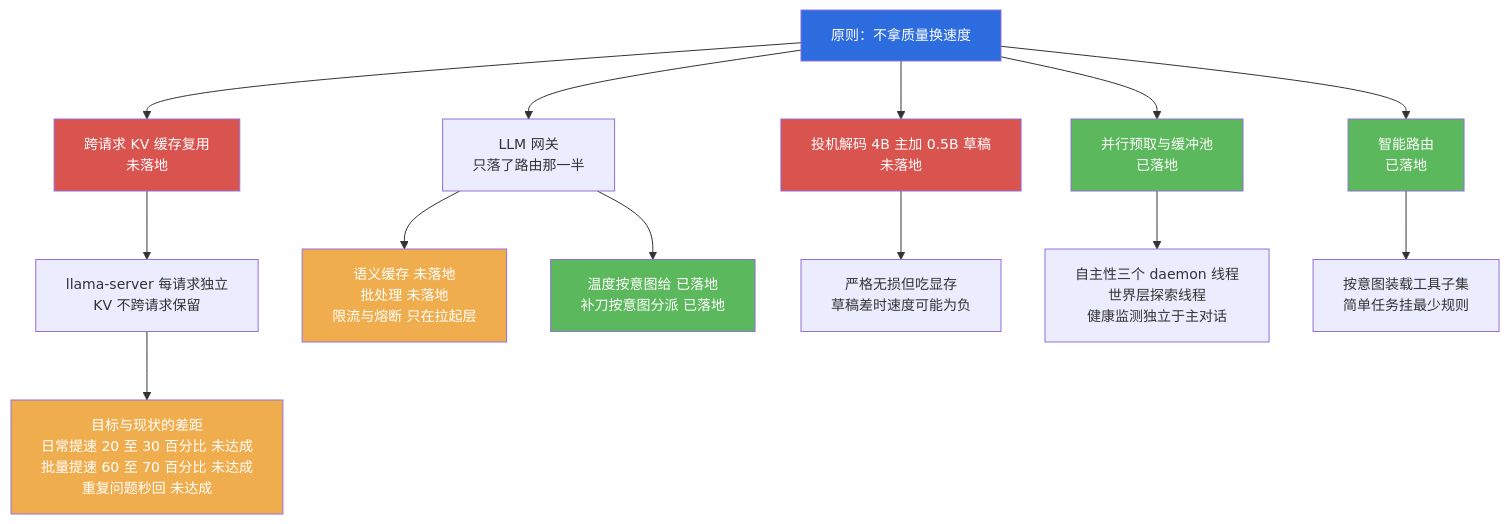
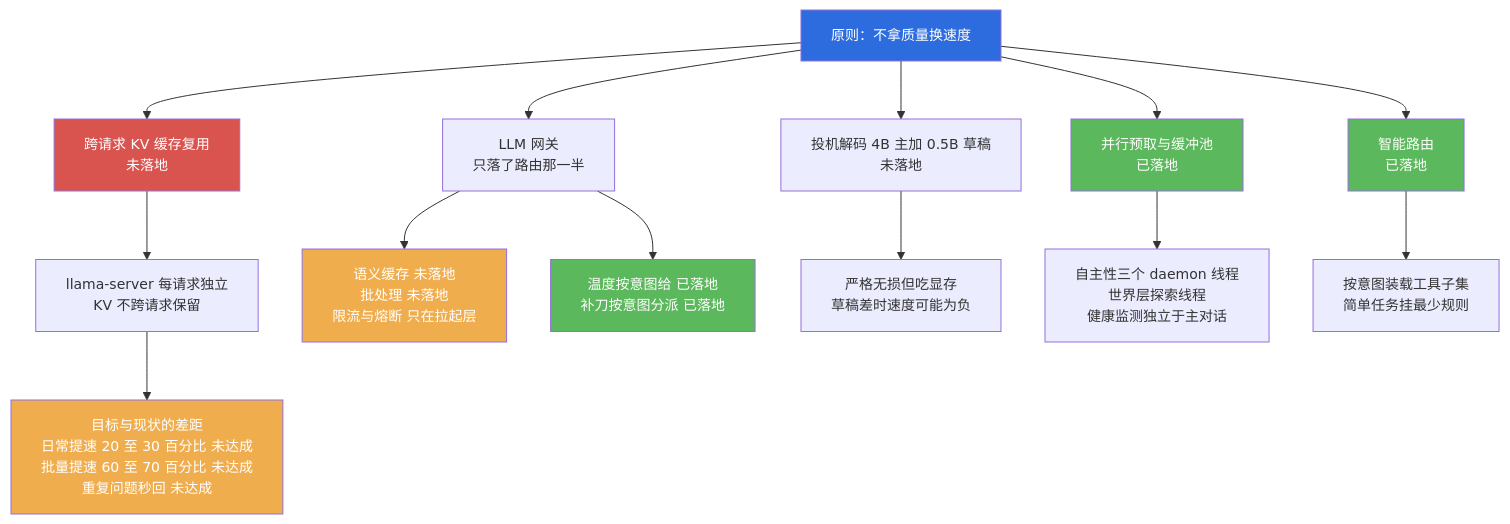
The third of 9 diagrams in docs/modules/11-post-chapters.md (jiangchuangege/xiaojiao-harnees), drawn with Mermaid before and after one commit. The commit also changed other lines of this file and 26 other files, not shown here.

````diff
--- a/docs/modules/11-post-chapters.md
+++ b/docs/modules/11-post-chapters.md
@@ -349,29 +344,28 @@
 ```mermaid
 %%{init: {"themeVariables": {"fontSize": "14px"}, "flowchart": {"htmlLabels": true, "wrappingWidth": 330, "nodeSpacing": 44, "rankSpacing": 58, "useMaxWidth": true}}}%%
 flowchart TB
     R["原则：不拿质量换速度"]
 
     R --> A["跨请求 KV 缓存复用<br/>未落地"]
     R --> B["LLM 网关<br/>只落了路由那一半"]
     R --> C["投机解码 4B 主加 0.5B 草稿<br/>未落地"]
     R --> D["并行预取与缓冲池<br/>已落地"]
     R --> E["智能路由<br/>已落地"]
 
     A --> A1["llama-server 每请求独立<br/>KV 不跨请求保留"]
     B --> B1["语义缓存 未落地<br/>批处理 未落地<br/>限流与熔断 只在拉起层"]
     B --> B2["温度按意图给 已落地<br/>补刀按意图分派 已落地"]
     C --> C1["严格无损但吃显存<br/>草稿差时速度可能为负"]
     D --> D1["自主性三个 daemon 线程<br/>世界层探索线程<br/>健康监测独立于主对话"]
     E --> E1["按意图装载工具子集<br/>简单任务挂最少规则"]
 
     A1 --> GAP["目标与现状的差距<br/>日常提速 20 至 30 百分比 未达成<br/>批量提速 60 至 70 百分比 未达成<br/>重复问题秒回 未达成"]
 
     style R fill:#2d6cdf,color:#fff
     style D fill:#5cb85c,color:#fff
     style E fill:#5cb85c,color:#fff
     style B2 fill:#5cb85c,color:#fff
     style A fill:#d9534f,color:#fff
-    style C fill:#d9534f,color:#fff
     style B1 fill:#f0ad4e,color:#fff
     style GAP fill:#f0ad4e,color:#fff
 ```
````
